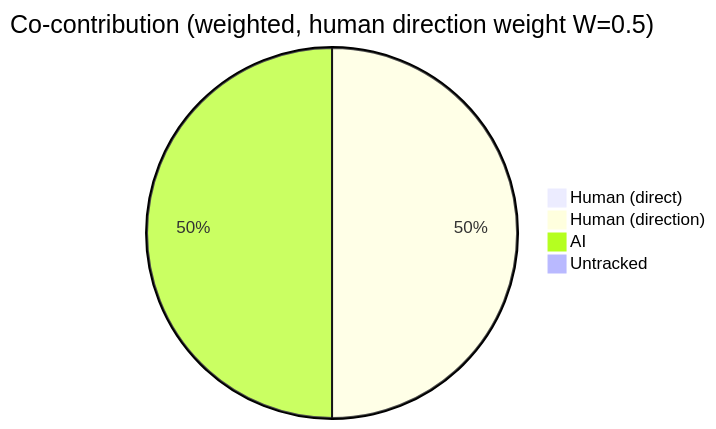
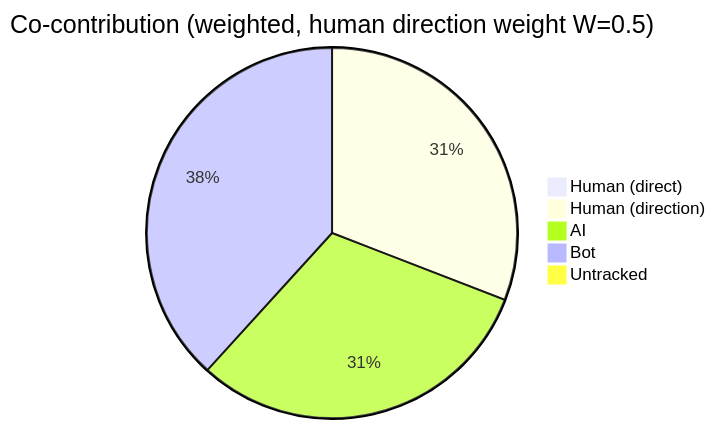
Before and after one commit to CaliMark/ai-authorship: the first of 4 diagrams in AI-AUTHORSHIP.md, drawn with Mermaid. The commit also changed other lines of this file and 1 other file, not shown here.

````diff
--- a/AI-AUTHORSHIP.md
+++ b/AI-AUTHORSHIP.md
@@ -23,7 +23,8 @@
 ```mermaid
 pie title Co-contribution (weighted, human direction weight W=0.5)
     "Human (direct)" : 0
-    "Human (direction)" : 1488
-    "AI" : 1488
+    "Human (direction)" : 1465
+    "AI" : 1465
+    "Bot" : 1815
     "Untracked" : 0
 ```
````
